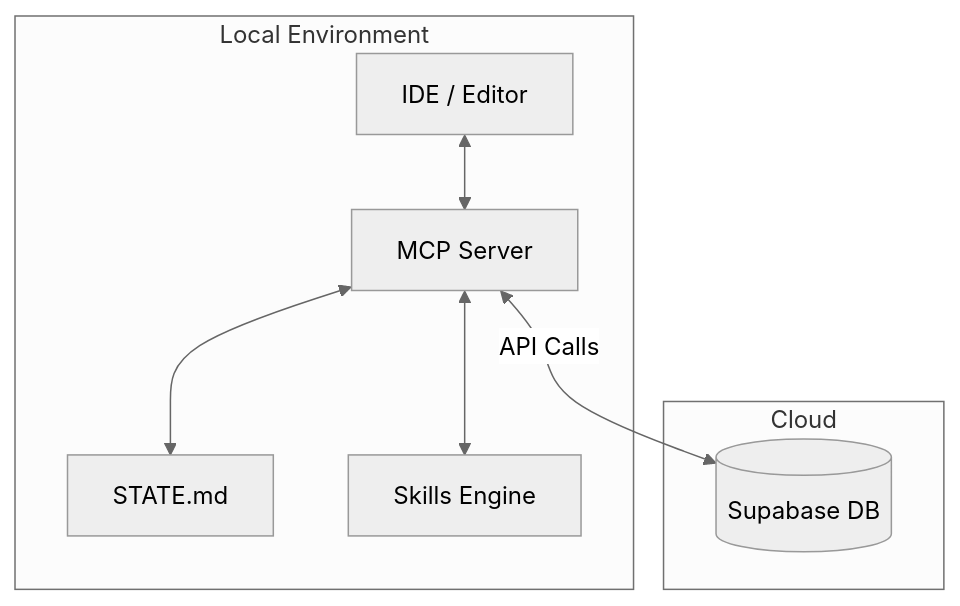
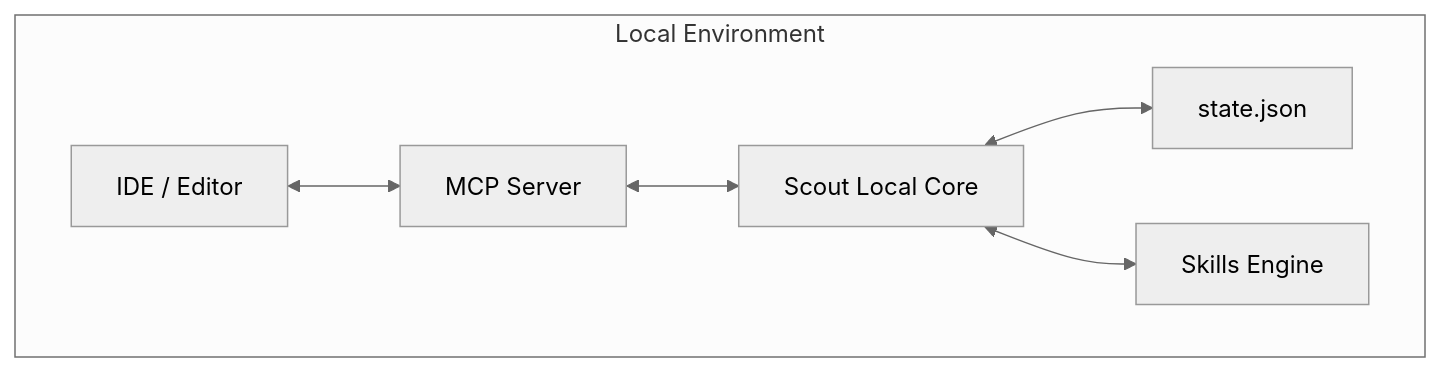
The first of 2 diagrams in ARCHITECTURE.md (Rahul-pamula/Open_Source_Scout), drawn with Mermaid (neutral theme) before and after one commit. The commit also changed other lines of this file and 2 other files, not shown here.

First line of the commit message:
docs: Align documentation for Scout v2 architecture (Issue #292) (#293)

````diff
--- a/ARCHITECTURE.md
+++ b/ARCHITECTURE.md
@@ -12,19 +15,15 @@
 ```mermaid
 flowchart TD
     subgraph Local Environment
         IDE[IDE / Editor]
         MCP[MCP Server]
-        STATE[STATE.md]
+        Core[Scout Local Core]
+        STATE[state.json]
         Skills[Skills Engine]
         
         IDE <--> MCP
-        MCP <--> STATE
-        MCP <--> Skills
+        MCP <--> Core
+        Core <--> STATE
+        Core <--> Skills
     end
-    
-    subgraph Cloud
-        Supabase[(Supabase DB)]
-    end
-    
-    MCP <-->|API Calls| Supabase
 ```
````
